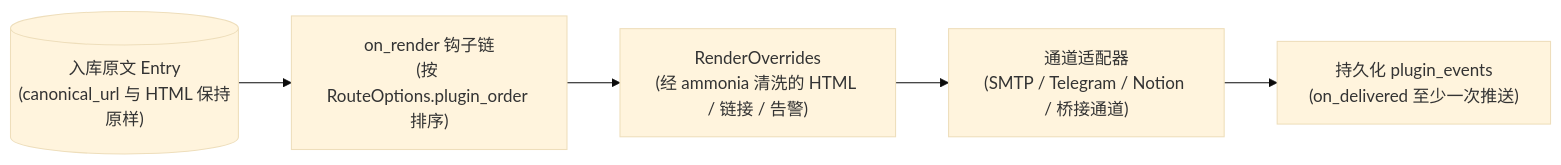
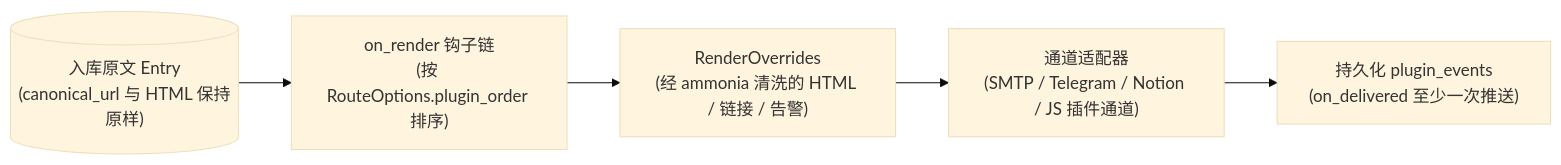
One commit to ElleryHe/FeedCourier changed the diagram in docs/zh/plugins/index.md. Above: the diagram before and after it, drawn with Mermaid (base theme). The commit also changed other lines of this file and 45 other files, not shown here.

````diff
--- a/docs/zh/plugins/index.md
+++ b/docs/zh/plugins/index.md
@@ -9,7 +9,7 @@
 ```mermaid
 flowchart LR
     Entry[("入库原文 Entry\n(canonical_url 与 HTML 保持原样)")] --> Hook["on_render 钩子链\n(按 RouteOptions.plugin_order 排序)"]
     Hook --> Overrides["RenderOverrides\n(经 ammonia 清洗的 HTML / 链接 / 告警)"]
-    Overrides --> Channels["通道适配器\n(SMTP / Telegram / Notion / 桥接通道)"]
+    Overrides --> Channels["通道适配器\n(SMTP / Telegram / Notion / JS 插件通道)"]
     Channels --> Delivered["持久化 plugin_events\n(on_delivered 至少一次推送)"]
 ```
````
